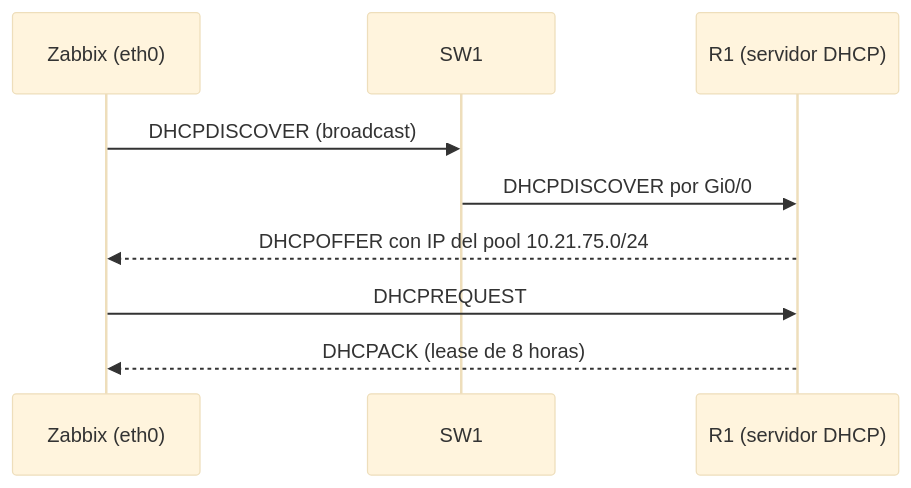
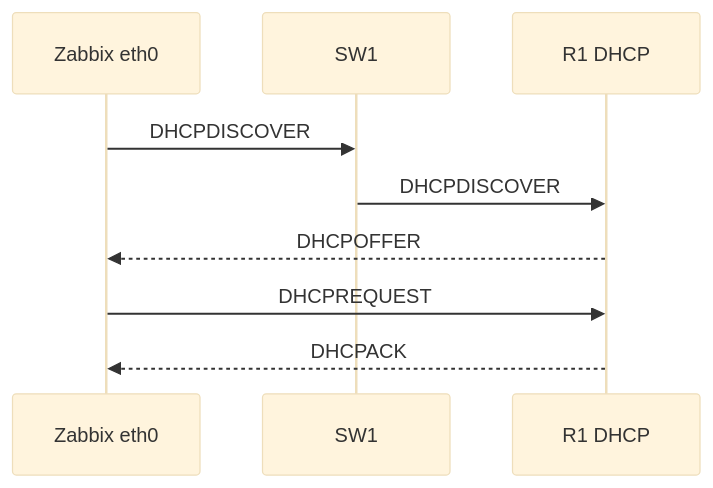
The second of 4 diagrams in docs/01-arquitectura.md (fredcastillo/Zabbix-SNMP-Network-Monitoring-Lab), drawn with Mermaid (base theme) before and after one commit. The commit also changed other lines of this file and 20 other files, not shown here.

````diff
--- a/docs/01-arquitectura.md
+++ b/docs/01-arquitectura.md
@@ -47,11 +47,11 @@
 ```mermaid
 sequenceDiagram
-    participant Z as Zabbix (eth0)
+    participant Z as Zabbix eth0
     participant S as SW1
-    participant R as R1 (servidor DHCP)
-    Z->>S: DHCPDISCOVER (broadcast)
-    S->>R: DHCPDISCOVER por Gi0/0
-    R-->>Z: DHCPOFFER con IP del pool 10.21.75.0/24
+    participant R as R1 DHCP
+    Z->>S: DHCPDISCOVER
+    S->>R: DHCPDISCOVER
+    R-->>Z: DHCPOFFER
     Z->>R: DHCPREQUEST
-    R-->>Z: DHCPACK (lease de 8 horas)
+    R-->>Z: DHCPACK
 ```
````
